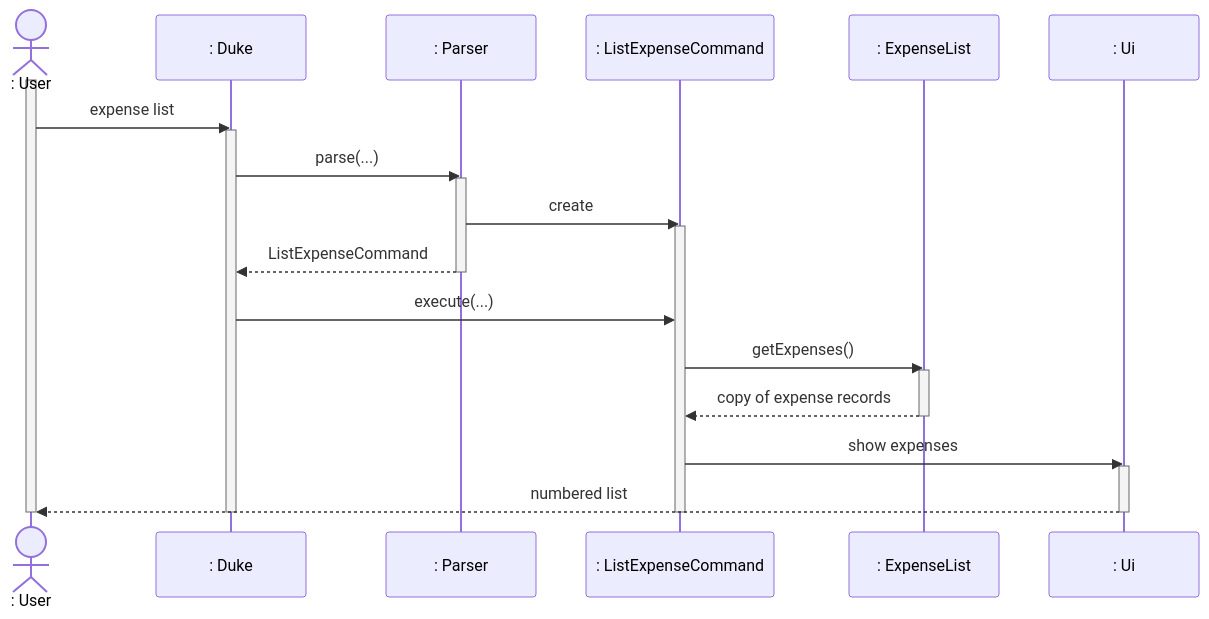
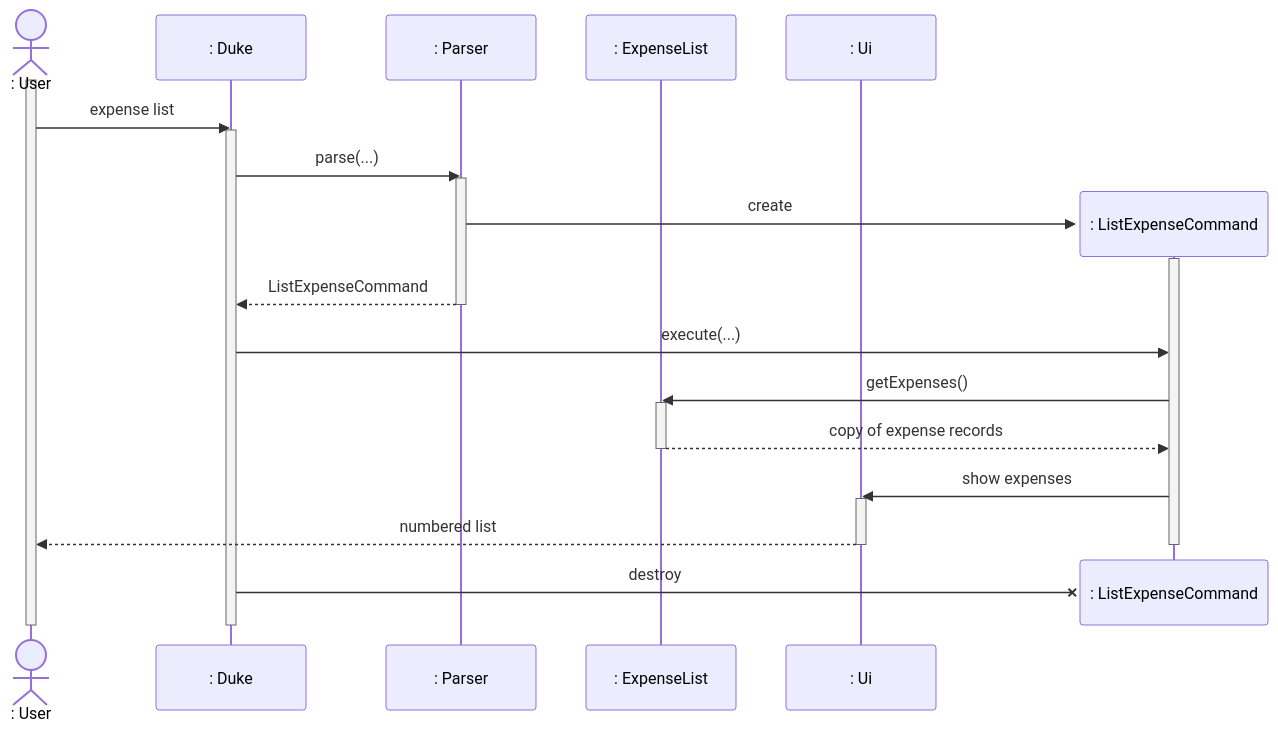
One commit to AY2627S1-CS2113-T11-1/tp changed the diagram in docs/diagrams/expense-list.mmd. Above: the diagram before and after it, drawn with Mermaid. The commit also changed 6 other files, not shown here.

Commit message:
docs: update money guidance and sequence diagrams

```diff
--- a/docs/diagrams/expense-list.mmd
+++ b/docs/diagrams/expense-list.mmd
@@ -1,31 +1,32 @@
 %%{init: {"themeVariables": {"fontSize": "20px"}}}%%
 sequenceDiagram
     actor User as : User
     participant D as : Duke
     participant P as : Parser
-    participant C as : ListExpenseCommand
     participant L as : ExpenseList
     participant U as : Ui
 
     activate User
     User->>D: expense list
     activate D
     D->>P: parse(...)
     activate P
+    create participant C as : ListExpenseCommand
     P->>C: create
     activate C
     P-->>D: ListExpenseCommand
     deactivate P
     D->>C: execute(...)
     C->>L: getExpenses()
     activate L
     L-->>C: copy of expense records
     deactivate L
     C->>U: show expenses
     activate U
     U-->>User: numbered list
     deactivate U
     deactivate C
     destroy C
+    D-xC: destroy
     deactivate D
     deactivate User
```
